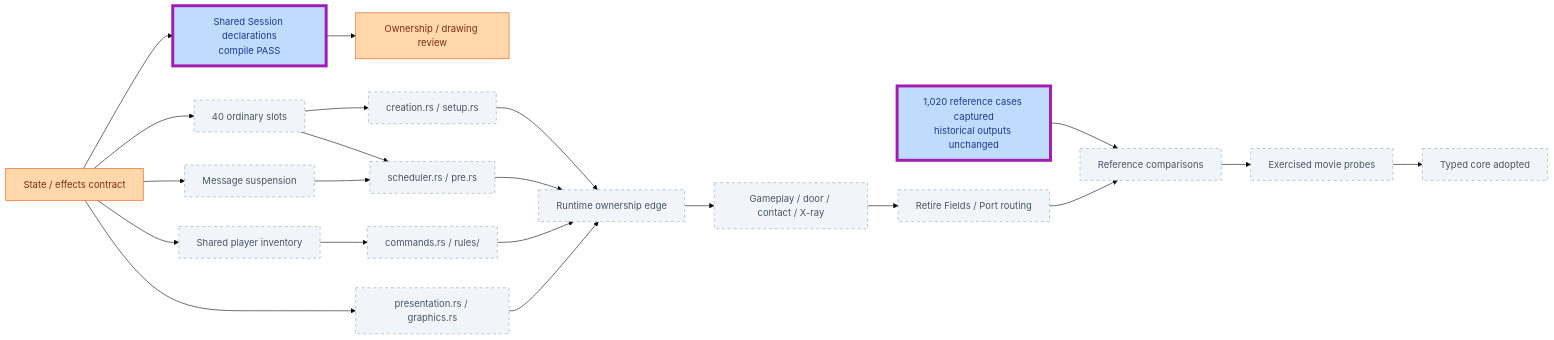
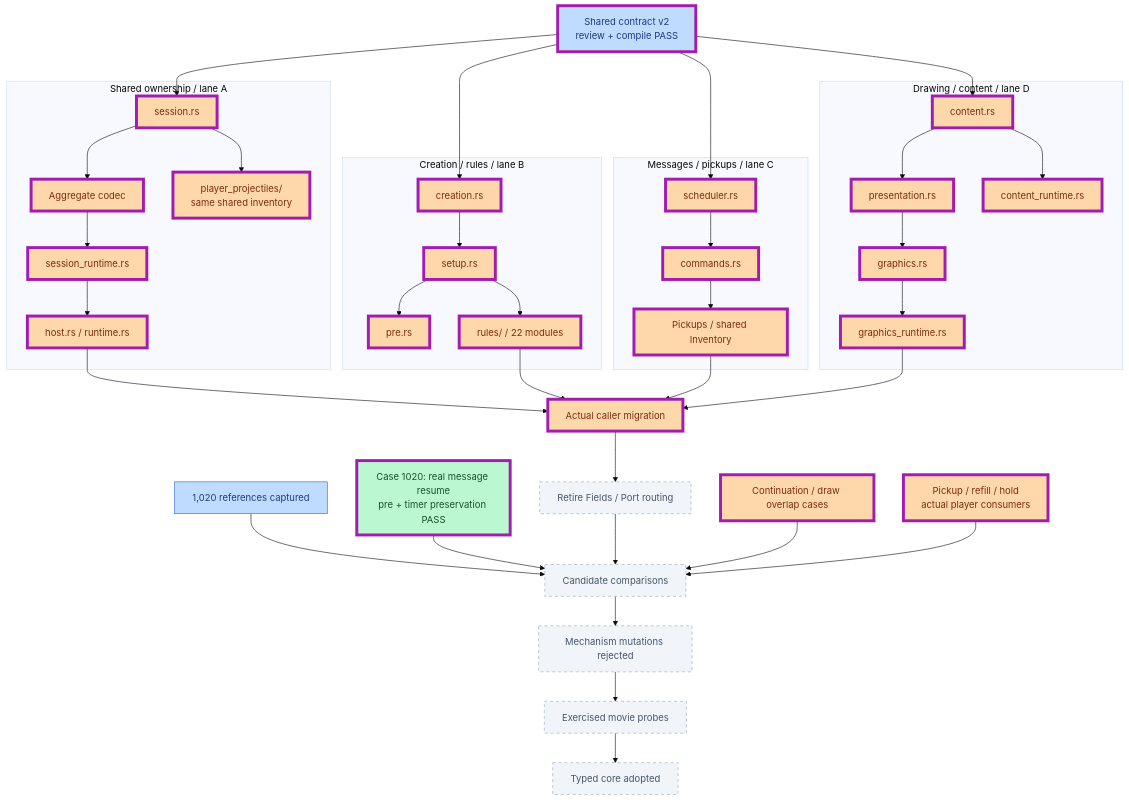
Before and after one commit to JimLundin/sm-decomp: the first of 8 diagrams in PROGRESS.md, drawn with Mermaid (base theme). The commit also changed 3 other files, not shown here.

Commit message:
Verify real message resume preserves pre-action and timer state; five cases pass

````diff
--- a/PROGRESS.md
+++ b/PROGRESS.md
@@ -10,30 +10,49 @@
 ```mermaid
-flowchart LR
-    CONTRACT["State / effects contract"]:::active --> DECL["Shared Session declarations<br/>compile PASS"]:::checked
-    DECL --> REVIEW["Ownership / drawing review"]:::active
-    BASE["1,020 reference cases captured<br/>historical outputs unchanged"]:::checked --> COMPARE
-    class DECL,BASE changed
-    CONTRACT --> SLOTS["40 ordinary slots"]:::pending
-    CONTRACT --> INVENTORY["Shared player inventory"]:::pending
-    CONTRACT --> RESUME["Message suspension"]:::pending
-    SLOTS --> CREATE["creation.rs / setup.rs"]:::pending
-    SLOTS --> TICK["scheduler.rs / pre.rs"]:::pending
-    INVENTORY --> RULES["commands.rs / rules/"]:::pending
-    RESUME --> TICK
-    CONTRACT --> DRAW["presentation.rs / graphics.rs"]:::pending
-    CREATE --> EDGE["Runtime ownership edge"]:::pending
-    TICK --> EDGE
-    RULES --> EDGE
-    DRAW --> EDGE
-    EDGE --> CALLERS["Gameplay / door / contact / X-ray"]:::pending
+flowchart TB
+    CONTRACT["Shared contract v2<br/>review + compile PASS"]:::checked
+    subgraph shared["Shared ownership / lane A"]
+        S["session.rs"]:::active --> CODEC["Aggregate codec"]:::active
+        S --> PLAYER["player_projectiles/<br/>same shared inventory"]:::active
+        CODEC --> RT["session_runtime.rs"]:::active
+        RT --> HOST["host.rs / runtime.rs"]:::active
+    end
+    subgraph creation["Creation / rules / lane B"]
+        CREATE["creation.rs"]:::active --> SETUP["setup.rs"]:::active
+        SETUP --> PRE["pre.rs"]:::active
+        SETUP --> RULES["rules/ / 22 modules"]:::active
+    end
+    subgraph execution["Messages / pickups / lane C"]
+        SCHED["scheduler.rs"]:::active --> CMD["commands.rs"]:::active
+        CMD --> PICKUP["Pickups / shared Inventory"]:::active
+    end
+    subgraph drawing["Drawing / content / lane D"]
+        DRAW["presentation.rs"]:::active --> GRAPHICS["graphics.rs"]:::active
+        CONTENT["content.rs"]:::active --> DRAW
+        CONTENT --> CR["content_runtime.rs"]:::active
+        GRAPHICS --> GR["graphics_runtime.rs"]:::active
+    end
+    CONTRACT --> S
+    CONTRACT --> CREATE
+    CONTRACT --> SCHED
+    CONTRACT --> CONTENT
+    HOST --> CALLERS["Actual caller migration"]:::active
+    RULES --> CALLERS
+    PICKUP --> CALLERS
+    GR --> CALLERS
     CALLERS --> DELETE["Retire Fields / Port routing"]:::pending
-    DELETE --> COMPARE["Reference comparisons"]:::pending
-    COMPARE --> MOVIE["Exercised movie probes"]:::pending
+    BASE["1,020 references captured"]:::checked --> COMPARE["Candidate comparisons"]:::pending
+    RESUME["Case 1020: real message resume<br/>pre + timer preservation PASS"]:::done --> COMPARE
+    DELETE --> COMPARE
+    GAP["Continuation / draw overlap cases"]:::active --> COMPARE
+    SHAREDTEST["Pickup / refill / hold<br/>actual player consumers"]:::active --> COMPARE
+    COMPARE --> MUT["Mechanism mutations rejected"]:::pending
+    MUT --> MOVIE["Exercised movie probes"]:::pending
     MOVIE --> ADOPT["Typed core adopted"]:::pending
+    class CONTRACT,S,CODEC,PLAYER,RT,HOST,CREATE,SETUP,PRE,RULES,SCHED,CMD,PICKUP,DRAW,GRAPHICS,CONTENT,CR,GR,CALLERS,RESUME,GAP,SHAREDTEST changed
     classDef done fill:#bbf7d0,stroke:#15803d,color:#14532d
     classDef checked fill:#bfdbfe,stroke:#2563eb,color:#1e3a8a
     classDef active fill:#fed7aa,stroke:#ea580c,color:#7c2d12
     classDef pending fill:#f1f5f9,stroke:#94a3b8,color:#475569,stroke-dasharray:5 5
     classDef failed fill:#fecaca,stroke:#dc2626,color:#7f1d1d
     classDef changed stroke:#a21caf,stroke-width:5px
 ```
````
